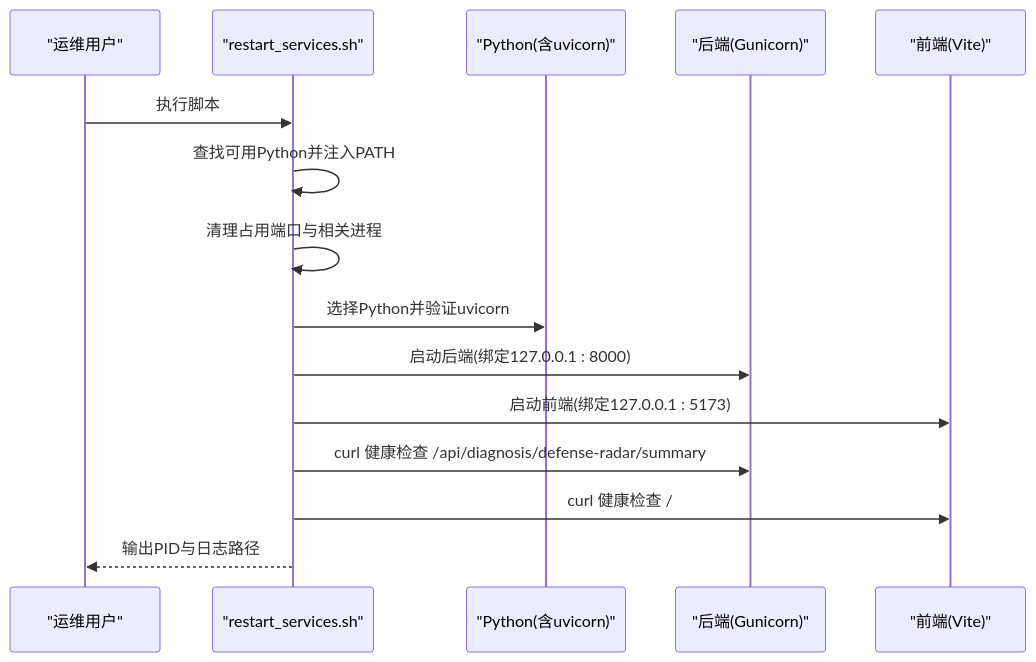
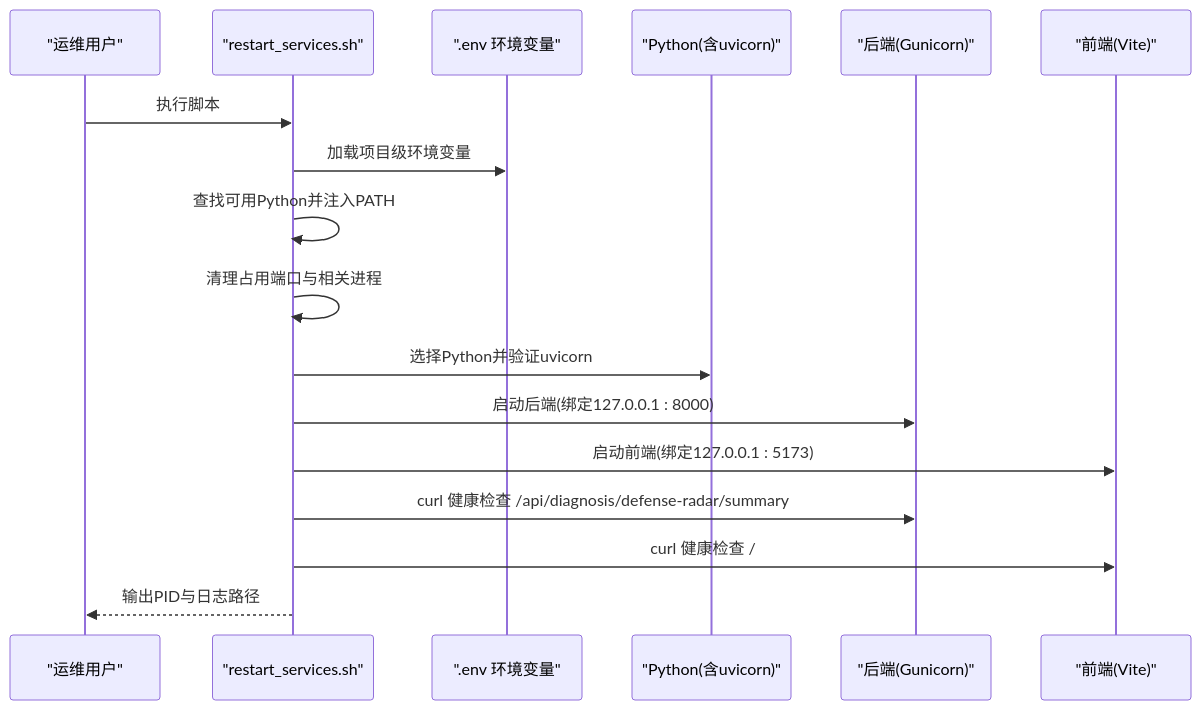
Before and after one commit to dexy1024/fin-analysis: the third of 5 diagrams in .qoder/repowiki/zh/content/部署配置.md, drawn with Mermaid. The commit also changed other lines of this file and 8 other files, not shown here.

````diff
--- a/.qoder/repowiki/zh/content/部署配置.md
+++ b/.qoder/repowiki/zh/content/部署配置.md
@@ -159,17 +180,19 @@
 ```mermaid
 sequenceDiagram
 participant Dev as "运维用户"
 participant RS as "restart_services.sh"
+participant ENV as ".env 环境变量"
 participant PY as "Python(含uvicorn)"
 participant BE as "后端(Gunicorn)"
 participant FE as "前端(Vite)"
 Dev->>RS : 执行脚本
+RS->>ENV : 加载项目级环境变量
 RS->>RS : 查找可用Python并注入PATH
 RS->>RS : 清理占用端口与相关进程
 RS->>PY : 选择Python并验证uvicorn
 RS->>BE : 启动后端(绑定127.0.0.1 : 8000)
 RS->>FE : 启动前端(绑定127.0.0.1 : 5173)
 RS->>BE : curl 健康检查 /api/diagnosis/defense-radar/summary
 RS->>FE : curl 健康检查 /
 RS-->>Dev : 输出PID与日志路径
 ```
````
